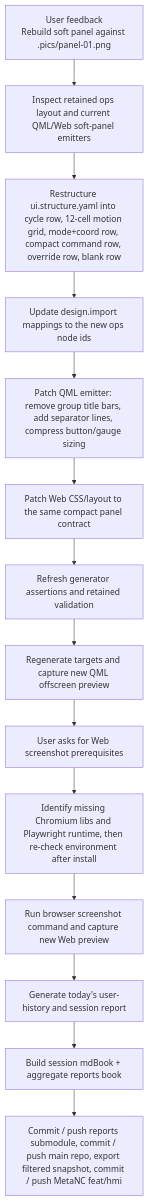
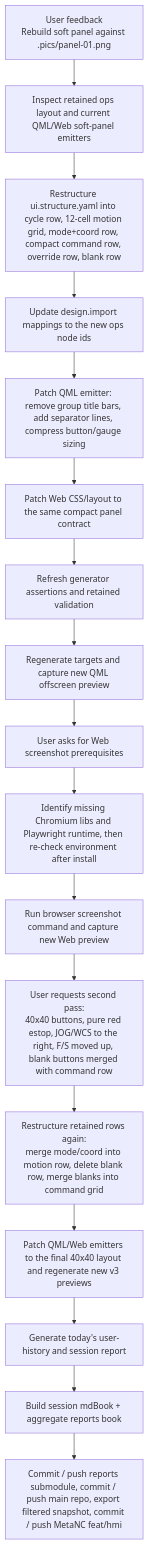
The diagram in 2026-04-22-codex-session/workflow-diagram.md (luppiterw/metanc_hmi_dsl_reports), drawn with Mermaid before and after one commit. The commit also changed 7 other files, not shown here.

````diff
--- a/2026-04-22-codex-session/workflow-diagram.md
+++ b/2026-04-22-codex-session/workflow-diagram.md
@@ -3,16 +3,19 @@
 ```mermaid
 flowchart TD
     A[User feedback<br/>Rebuild soft panel against .pics/panel-01.png] --> B[Inspect retained ops layout and current QML/Web soft-panel emitters]
     B --> C[Restructure ui.structure.yaml into cycle row, 12-cell motion grid, mode+coord row, compact command row, override row, blank row]
     C --> D[Update design.import mappings to the new ops node ids]
     D --> E[Patch QML emitter: remove group title bars, add separator lines, compress button/gauge sizing]
     E --> F[Patch Web CSS/layout to the same compact panel contract]
     F --> G[Refresh generator assertions and retained validation]
     G --> H[Regenerate targets and capture new QML offscreen preview]
     H --> I[User asks for Web screenshot prerequisites]
     I --> J[Identify missing Chromium libs and Playwright runtime, then re-check environment after install]
     J --> K[Run browser screenshot command and capture new Web preview]
-    K --> L[Generate today's user-history and session report]
-    L --> M[Build session mdBook + aggregate reports book]
-    M --> N[Commit / push reports submodule, commit / push main repo, export filtered snapshot, commit / push MetaNC feat/hmi]
+    K --> L[User requests second pass:<br/>40x40 buttons, pure red estop, JOG/WCS to the right, F/S moved up, blank buttons merged with command row]
+    L --> M[Restructure retained rows again:<br/>merge mode/coord into motion row, delete blank row, merge blanks into command grid]
+    M --> N[Patch QML/Web emitters to the final 40x40 layout and regenerate new v3 previews]
+    N --> O[Generate today's user-history and session report]
+    O --> P[Build session mdBook + aggregate reports book]
+    P --> Q[Commit / push reports submodule, commit / push main repo, export filtered snapshot, commit / push MetaNC feat/hmi]
 ```
````
